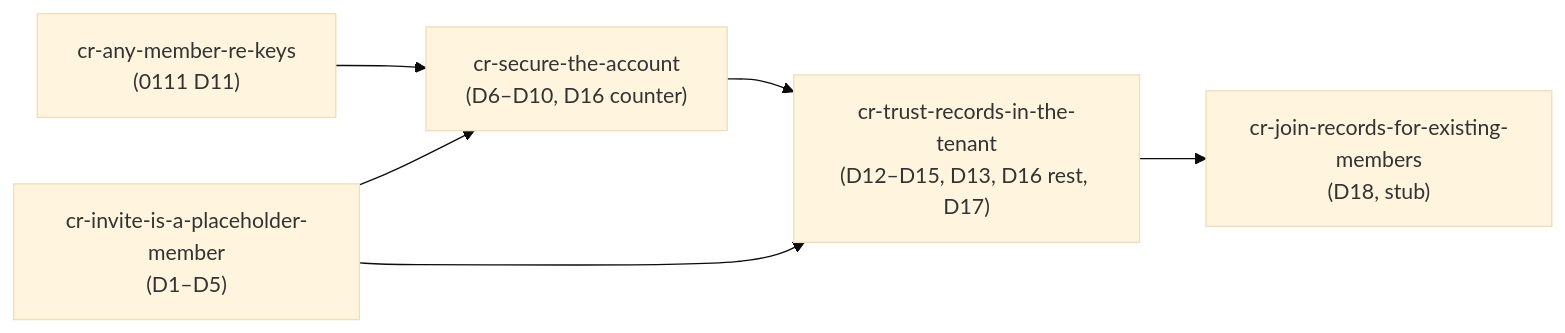
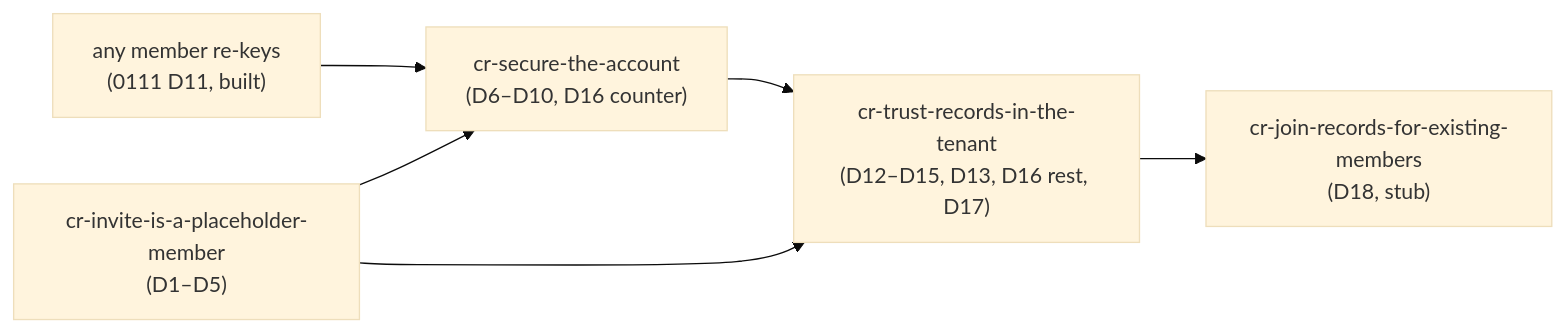
The diagram in changes/cr-secure-the-account.md (raddatzk/veyq), drawn with Mermaid (base theme) before and after one commit. The commit also changed other lines of this file and 19 other files, not shown here.

````diff
--- a/changes/cr-secure-the-account.md
+++ b/changes/cr-secure-the-account.md
@@ -62,8 +63,8 @@
 ```mermaid
 flowchart LR
-  R["cr-any-member-re-keys<br/>(0111 D11)"] --> A["cr-secure-the-account<br/>(D6–D10, D16 counter)"]
+  R["any member re-keys<br/>(0111 D11, built)"] --> A["cr-secure-the-account<br/>(D6–D10, D16 counter)"]
   B["cr-invite-is-a-placeholder-member<br/>(D1–D5)"] --> A
   A --> C["cr-trust-records-in-the-tenant<br/>(D12–D15, D13, D16 rest, D17)"]
   B --> C
   C --> D["cr-join-records-for-existing-members<br/>(D18, stub)"]
 ```
````
